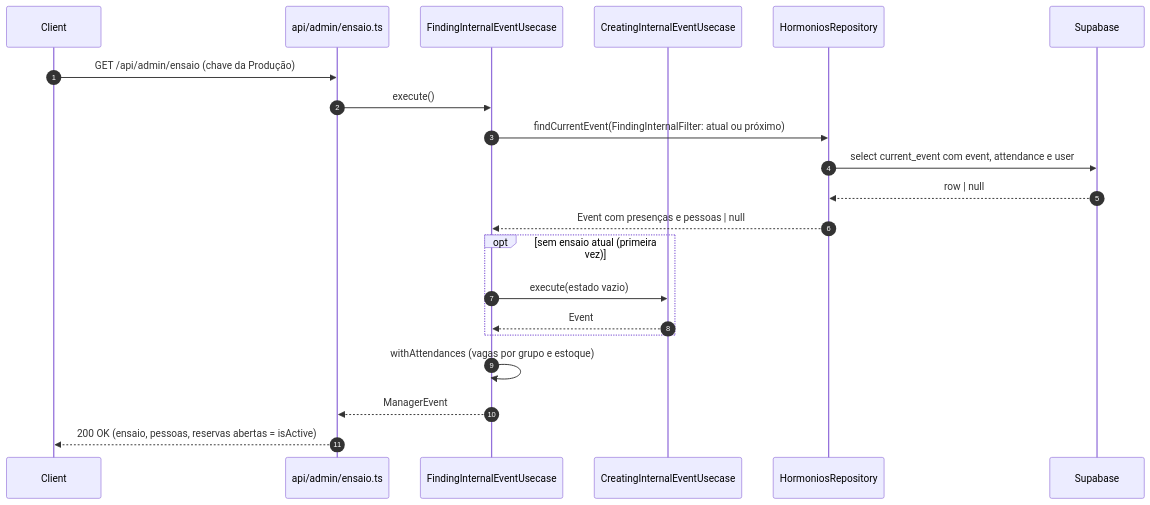
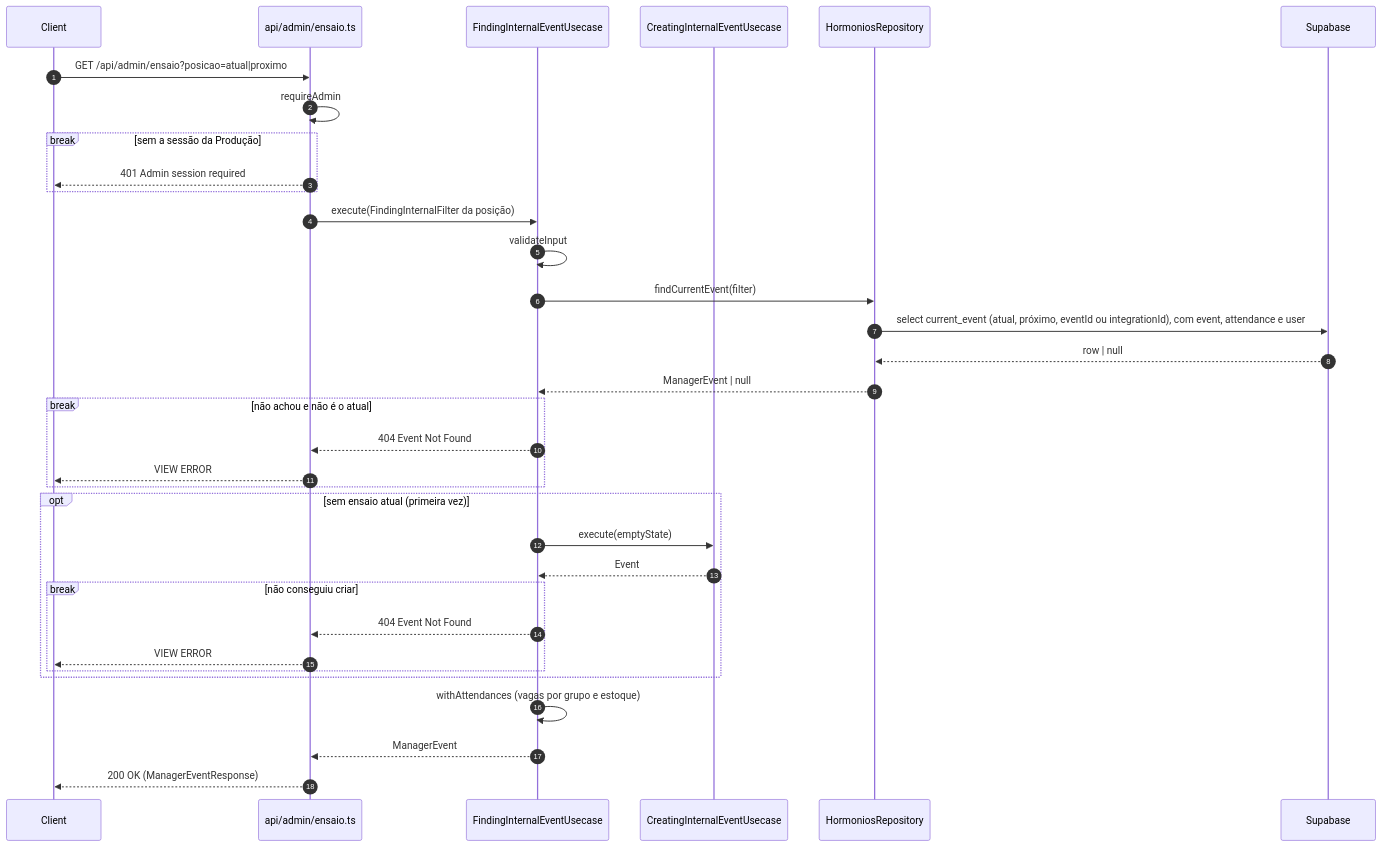
The second of 5 diagrams in docs/usecases/producao.md (brubriele/hormonios-garoa), drawn with Mermaid before and after one commit. The commit also changed other lines of this file and 4 other files, not shown here.

First line of the commit message:
docs: diagramas de sequência dos usecases no formato da skill sequence-diagram

````diff
--- a/docs/usecases/producao.md
+++ b/docs/usecases/producao.md
@@ -78,24 +117,37 @@
 ```mermaid
 sequenceDiagram
     autonumber
     participant C as Client
     participant APP as api/admin/ensaio.ts
     participant UC as FindingInternalEventUsecase
     participant CI as CreatingInternalEventUsecase
     participant HR as HormoniosRepository
     participant DB as Supabase
 
-    C->>APP: GET /api/admin/ensaio (chave da Produção)
-    APP->>UC: execute()
-    UC->>HR: findCurrentEvent(FindingInternalFilter: atual ou próximo)
-    HR->>DB: select current_event com event, attendance e user
+    C->>APP: GET /api/admin/ensaio?posicao=atual|proximo
+    APP->>APP: requireAdmin
+    break sem a sessão da Produção
+        APP-->>C: 401 Admin session required
+    end
+    APP->>UC: execute(FindingInternalFilter da posição)
+    UC->>UC: validateInput
+    UC->>HR: findCurrentEvent(filter)
+    HR->>DB: select current_event (atual, próximo, eventId ou integrationId), com event, attendance e user
     DB-->>HR: row | null
-    HR-->>UC: Event com presenças e pessoas | null
+    HR-->>UC: ManagerEvent | null
+    break não achou e não é o atual
+        UC-->>APP: 404 Event Not Found
+        APP-->>C: VIEW ERROR
+    end
     opt sem ensaio atual (primeira vez)
-        UC->>CI: execute(estado vazio)
+        UC->>CI: execute(emptyState)
         CI-->>UC: Event
+        break não conseguiu criar
+            UC-->>APP: 404 Event Not Found
+            APP-->>C: VIEW ERROR
+        end
     end
     UC->>UC: withAttendances (vagas por grupo e estoque)
     UC-->>APP: ManagerEvent
-    APP-->>C: 200 OK (ensaio, pessoas, reservas abertas = isActive)
+    APP-->>C: 200 OK (ManagerEventResponse)
 ```
````
